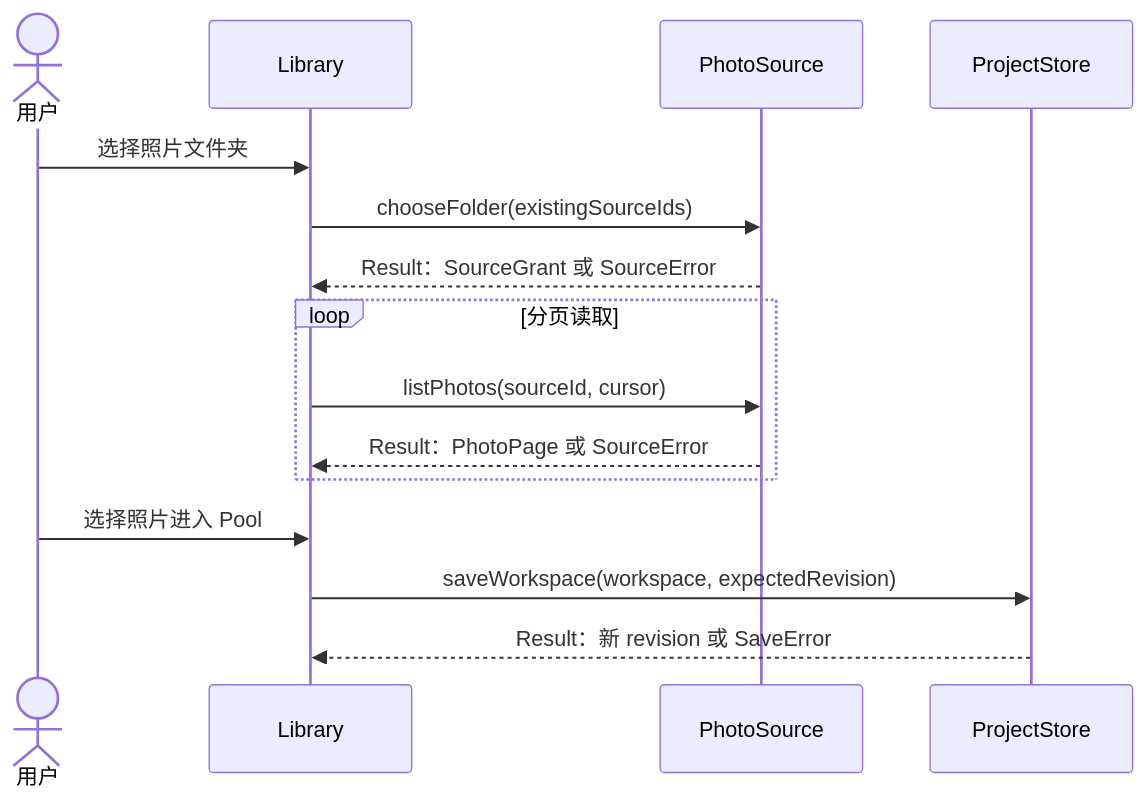
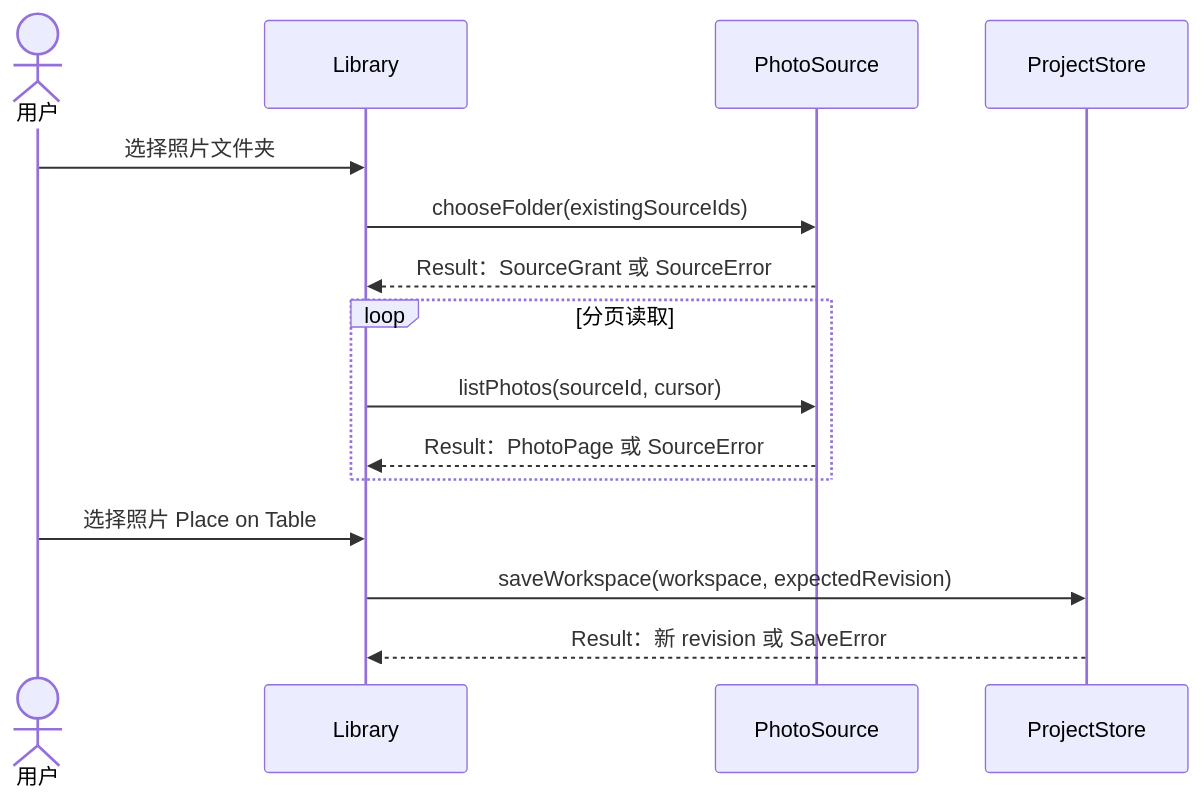
The fourth of 7 diagrams in MVP_Sequence/photoflex-MVP/docs/PhotoFlex MVP 系统架构方案.md (maadjdot/Photoflex), drawn with Mermaid before and after one commit. The commit also changed other lines of this file and 58 other files, not shown here.

Commit message:
Implement PhotoFlex worktable and sequence workflows

````diff
--- a/MVP_Sequence/photoflex-MVP/docs/PhotoFlex MVP 系统架构方案.md
+++ b/MVP_Sequence/photoflex-MVP/docs/PhotoFlex MVP 系统架构方案.md
@@ -138,17 +141,17 @@
 ```mermaid
 sequenceDiagram
     actor U as 用户
     participant UI as Library
     participant PS as PhotoSource
     participant ST as ProjectStore
     U->>UI: 选择照片文件夹
     UI->>PS: chooseFolder(existingSourceIds)
     PS-->>UI: Result：SourceGrant 或 SourceError
     loop 分页读取
         UI->>PS: listPhotos(sourceId, cursor)
         PS-->>UI: Result：PhotoPage 或 SourceError
     end
-    U->>UI: 选择照片进入 Pool
+    U->>UI: 选择照片 Place on Table
     UI->>ST: saveWorkspace(workspace, expectedRevision)
     ST-->>UI: Result：新 revision 或 SaveError
 ```
````
